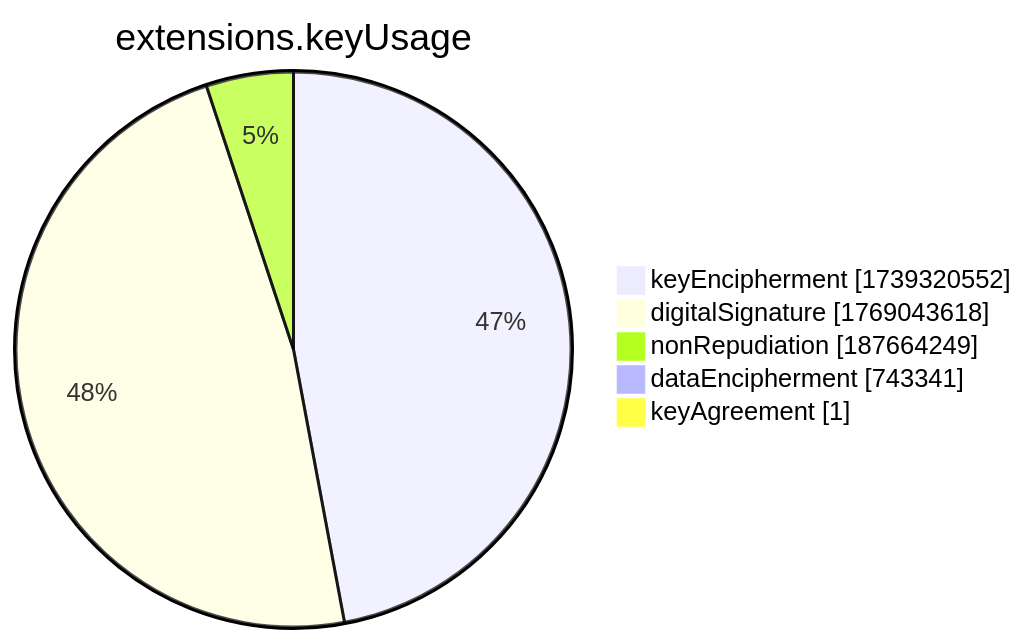
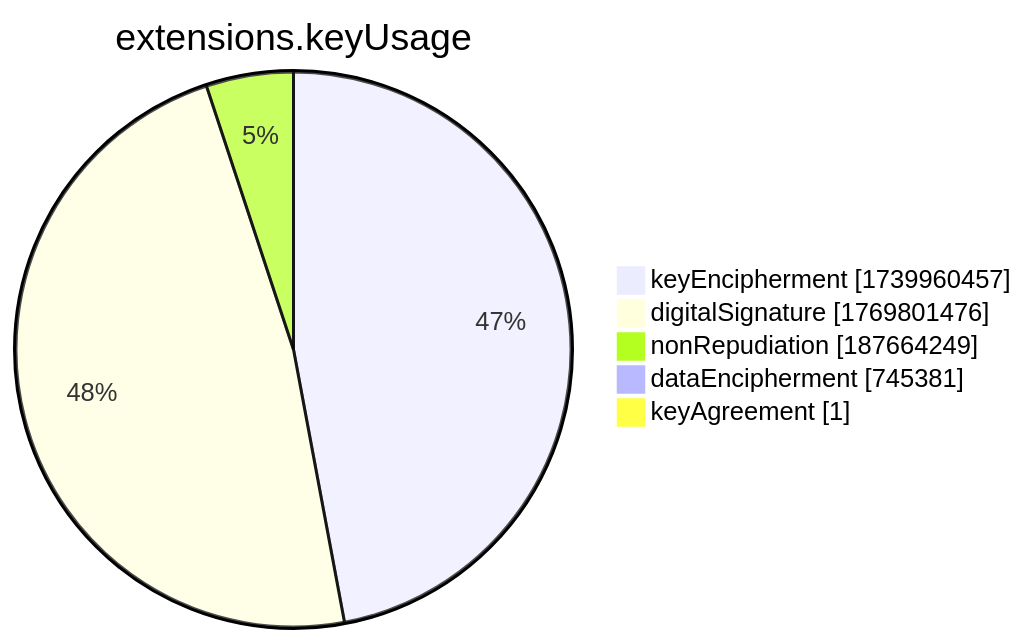
Before and after one commit to christiankrug/ctmonitor_visualization: the seventh of 15 diagrams in xenon2022/README.md, drawn with Mermaid. The commit also changed other lines of this file, not shown here.

````diff
--- a/xenon2022/README.md
+++ b/xenon2022/README.md
@@ -2859,9 +2859,9 @@
 ```mermaid
 pie showData
 title extensions.keyUsage
-"keyEncipherment" :1739320552
-"digitalSignature" :1769043618
+"keyEncipherment" :1739960457
+"digitalSignature" :1769801476
 "nonRepudiation" :187664249
-"dataEncipherment" :743341
+"dataEncipherment" :745381
 "keyAgreement" :1
 ```
````
